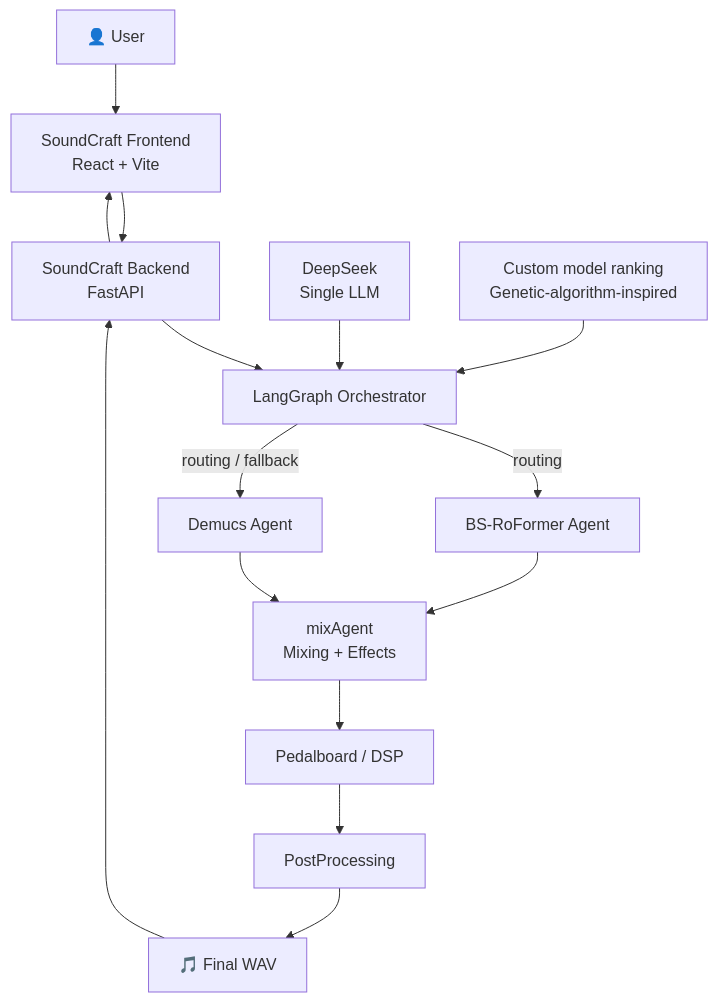
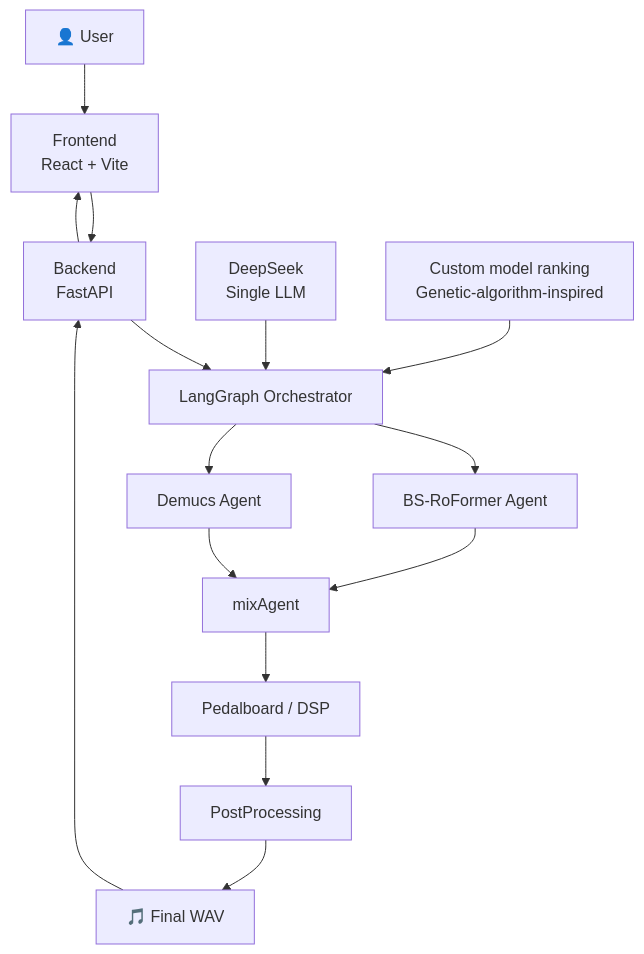
The first of 10 diagrams in README.md (wgrzyb271/SoundCraft), drawn with Mermaid before and after one commit. The commit also changed other lines of this file, not shown here.

````diff
--- a/README.md
+++ b/README.md
@@ -78,27 +56,23 @@
 ```mermaid
 flowchart TD
-    U["👤 User"] --> FE["SoundCraft Frontend<br/>React + Vite"]
-
-    FE --> BE["SoundCraft Backend<br/>FastAPI"]
+    U["👤 User"] --> FE["Frontend<br/>React + Vite"]
+    FE --> BE["Backend<br/>FastAPI"]
 
     BE --> ORCH["LangGraph Orchestrator"]
 
     DS["DeepSeek<br/>Single LLM"] --> ORCH
-
     RANK["Custom model ranking<br/>Genetic-algorithm-inspired"] --> ORCH
 
-    ORCH -->|"routing"| BS["BS-RoFormer Agent"]
-    ORCH -->|"routing / fallback"| DM["Demucs Agent"]
+    ORCH --> BS["BS-RoFormer Agent"]
+    ORCH --> DM["Demucs Agent"]
 
-    BS --> MIX["mixAgent<br/>Mixing + Effects"]
+    BS --> MIX["mixAgent"]
     DM --> MIX
 
     MIX --> DSP["Pedalboard / DSP"]
-
     DSP --> PP["PostProcessing"]
 
     PP --> OUT["🎵 Final WAV"]
-
     OUT --> BE
     BE --> FE
 ```
````
